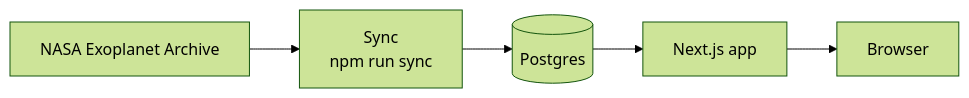
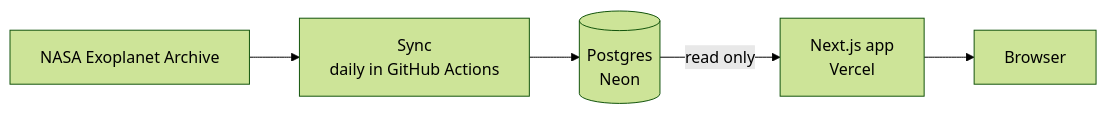
The diagram in README.md (tomdevtech/ExoAtlas), drawn with Mermaid (forest theme) before and after one commit. The commit also changed other lines of this file and 1 other file, not shown here.

````diff
--- a/README.md
+++ b/README.md
@@ -40,7 +39,7 @@
 ```mermaid
 flowchart LR
-    NASA[NASA Exoplanet Archive] --> Sync[Sync<br>npm run sync]
-    Sync --> DB[(Postgres)]
-    DB --> App[Next.js app]
+    NASA[NASA Exoplanet Archive] --> Sync[Sync<br>daily in GitHub Actions]
+    Sync --> DB[(Postgres<br>Neon)]
+    DB -->|read only| App[Next.js app<br>Vercel]
     App --> Browser
 ```
````
